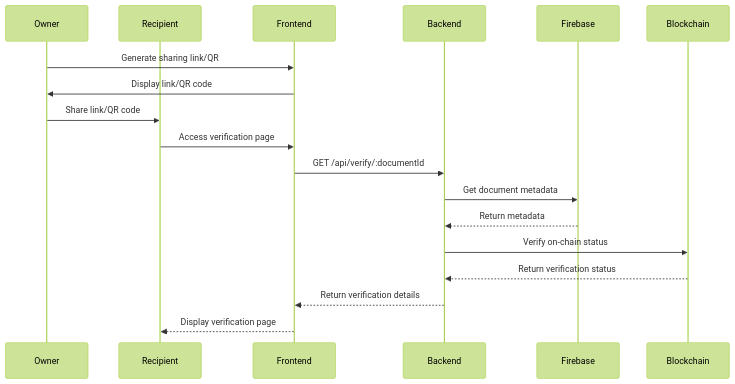
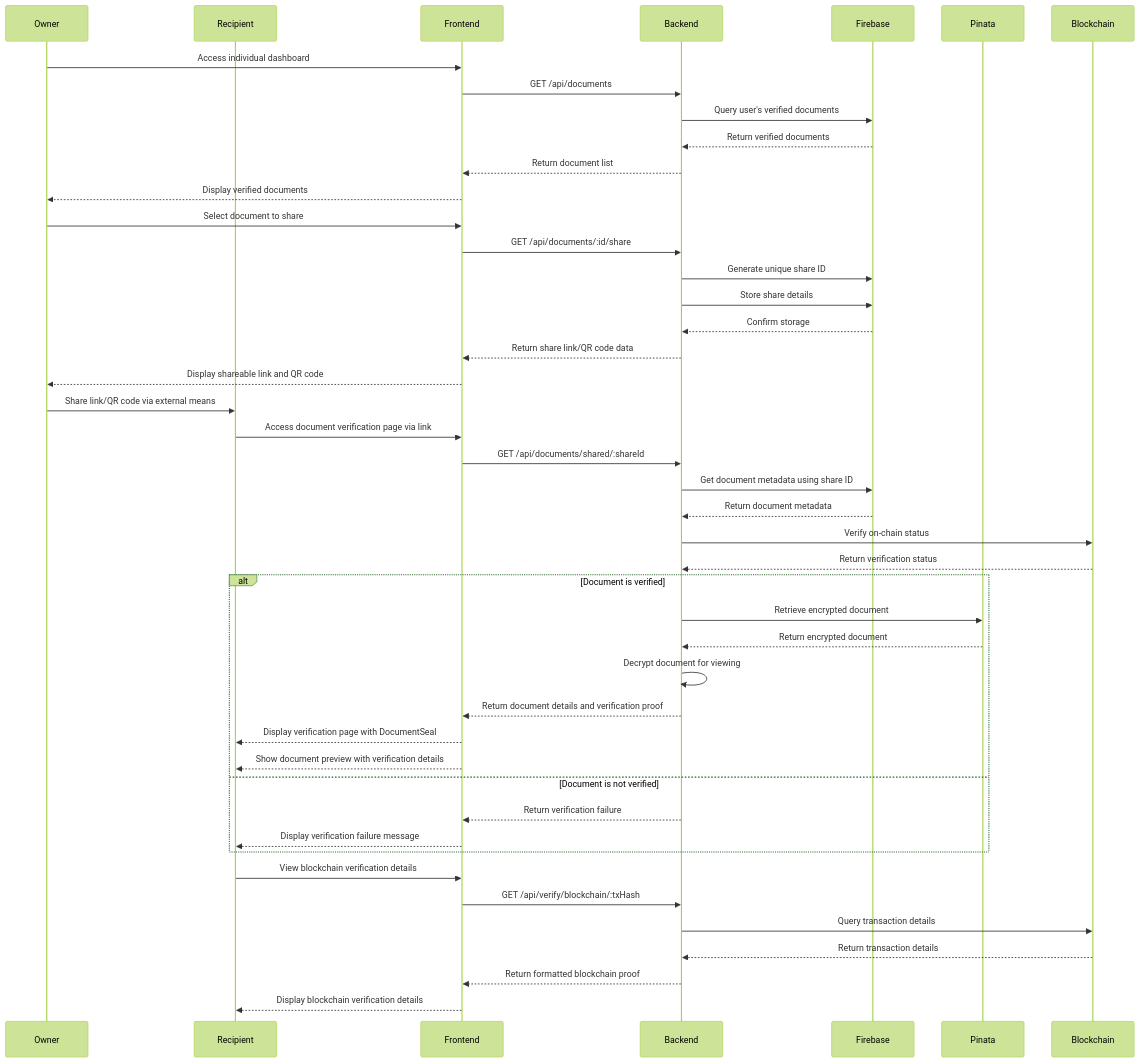
The diagram in docs/diagrams/document-sharing-flow.md (TheDonCipher/authentico-bolt), drawn with Mermaid (forest theme) before and after one commit. The commit also changed 255 other files, not shown here.

````diff
--- a/docs/diagrams/document-sharing-flow.md
+++ b/docs/diagrams/document-sharing-flow.md
@@ -1,21 +1,52 @@
 ```mermaid
 sequenceDiagram
     participant Owner
     participant Recipient
     participant Frontend
     participant Backend
     participant Firebase
+    participant Pinata
     participant Blockchain
 
-    Owner->>Frontend: Generate sharing link/QR
-    Frontend->>Owner: Display link/QR code
-    Owner->>Recipient: Share link/QR code
-    Recipient->>Frontend: Access verification page
-    Frontend->>Backend: GET /api/verify/:documentId
-    Backend->>Firebase: Get document metadata
-    Firebase-->>Backend: Return metadata
+    Owner->>Frontend: Access individual dashboard
+    Frontend->>Backend: GET /api/documents
+    Backend->>Firebase: Query user's verified documents
+    Firebase-->>Backend: Return verified documents
+    Backend-->>Frontend: Return document list
+    Frontend-->>Owner: Display verified documents
+
+    Owner->>Frontend: Select document to share
+    Frontend->>Backend: GET /api/documents/:id/share
+    Backend->>Firebase: Generate unique share ID
+    Backend->>Firebase: Store share details
+    Firebase-->>Backend: Confirm storage
+    Backend-->>Frontend: Return share link/QR code data
+    Frontend-->>Owner: Display shareable link and QR code
+
+    Owner->>Recipient: Share link/QR code via external means
+    Recipient->>Frontend: Access document verification page via link
+    Frontend->>Backend: GET /api/documents/shared/:shareId
+    Backend->>Firebase: Get document metadata using share ID
+    Firebase-->>Backend: Return document metadata
     Backend->>Blockchain: Verify on-chain status
     Blockchain-->>Backend: Return verification status
-    Backend-->>Frontend: Return verification details
-    Frontend-->>Recipient: Display verification page
+
+    alt Document is verified
+        Backend->>Pinata: Retrieve encrypted document
+        Pinata-->>Backend: Return encrypted document
+        Backend->>Backend: Decrypt document for viewing
+        Backend-->>Frontend: Return document details and verification proof
+        Frontend-->>Recipient: Display verification page with DocumentSeal
+        Frontend-->>Recipient: Show document preview with verification details
+    else Document is not verified
+        Backend-->>Frontend: Return verification failure
+        Frontend-->>Recipient: Display verification failure message
+    end
+
+    Recipient->>Frontend: View blockchain verification details
+    Frontend->>Backend: GET /api/verify/blockchain/:txHash
+    Backend->>Blockchain: Query transaction details
+    Blockchain-->>Backend: Return transaction details
+    Backend-->>Frontend: Return formatted blockchain proof
+    Frontend-->>Recipient: Display blockchain verification details
 ```
````
